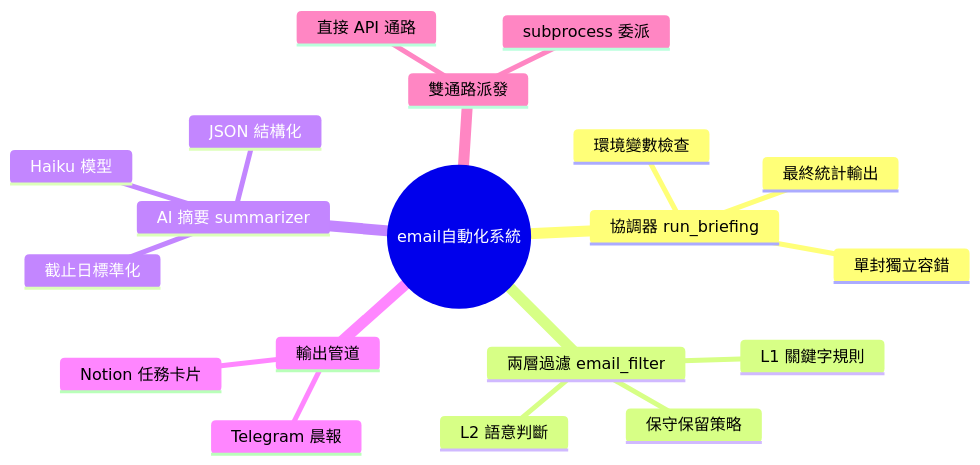
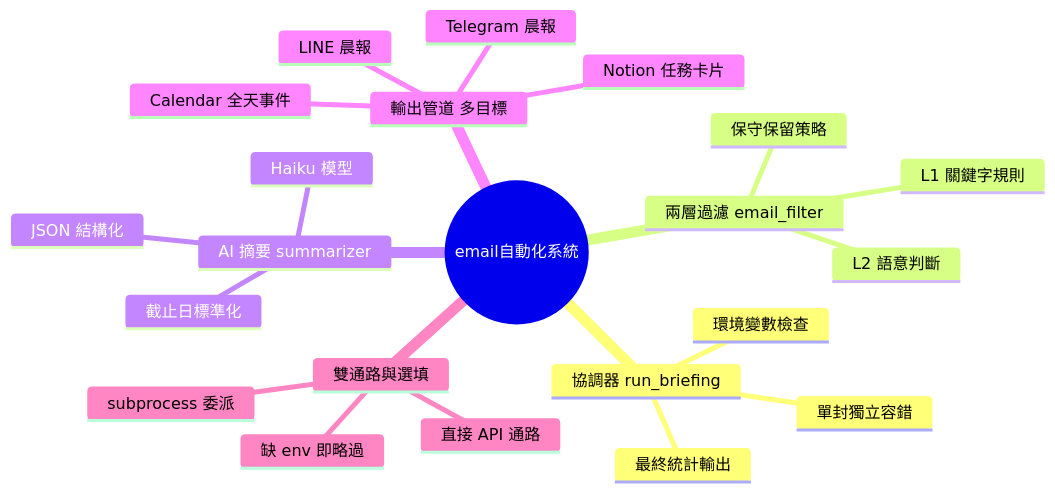
One commit to chenghyang2001/email-automation-demo changed the diagram in mermaid/20260618-email-automation/mmd/email-automation-01-心智圖.mmd. Above: the diagram before and after it, drawn with Mermaid. The commit also changed 12 other files, not shown here.

First line of the commit message:
同步文件與圖表：輸出管道加入 LINE + Google Calendar

```diff
--- a/mermaid/20260618-email-automation/mmd/email-automation-01-心智圖.mmd
+++ b/mermaid/20260618-email-automation/mmd/email-automation-01-心智圖.mmd
@@ -1,20 +1,23 @@
 mindmap
   root((email自動化系統))
     協調器 run_briefing
       環境變數檢查
       單封獨立容錯
       最終統計輸出
     兩層過濾 email_filter
       L1 關鍵字規則
       L2 語意判斷
       保守保留策略
     AI 摘要 summarizer
       JSON 結構化
       截止日標準化
       Haiku 模型
-    輸出管道
+    輸出管道 多目標
       Notion 任務卡片
+      Calendar 全天事件
       Telegram 晨報
-    雙通路派發
+      LINE 晨報
+    雙通路與選填
       直接 API 通路
       subprocess 委派
+      缺 env 即略過
```
